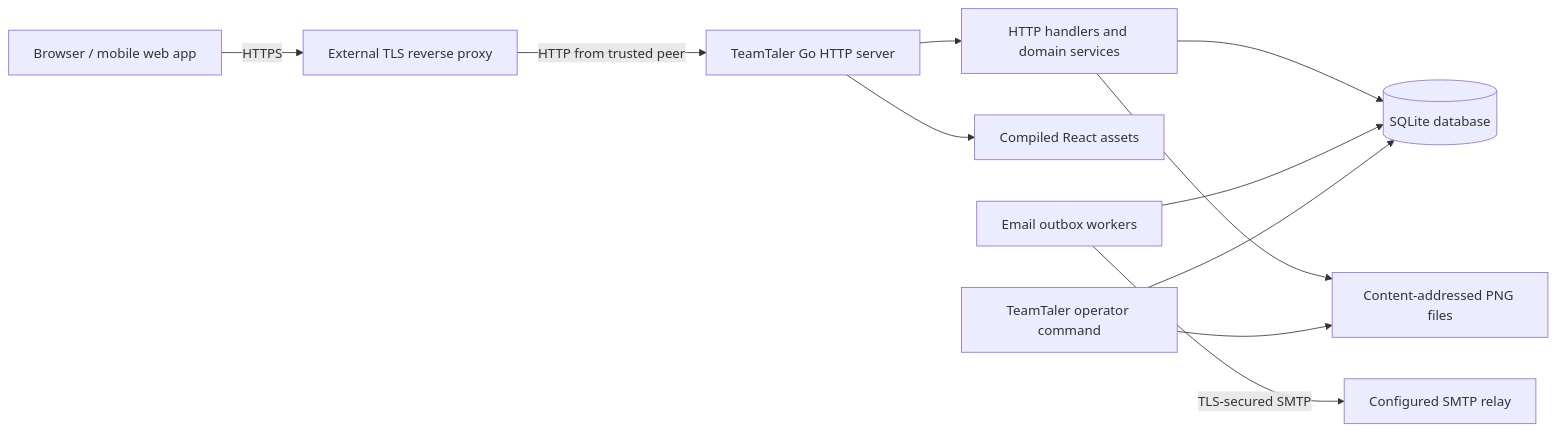
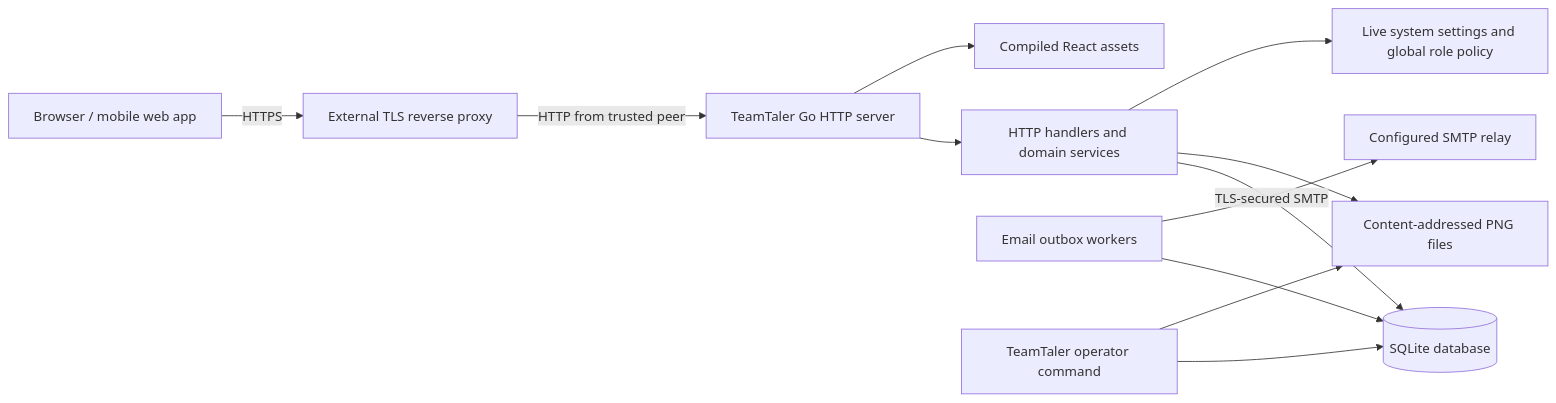
One commit to DasLukas/TeamTaler changed the first of 2 diagrams in ARCHITECTURE.md. Above: the diagram before and after it, drawn with Mermaid. The commit also changed other lines of this file and 204 other files, not shown here.

````diff
--- a/ARCHITECTURE.md
+++ b/ARCHITECTURE.md
@@ -9,13 +9,14 @@
 ```mermaid
 flowchart LR
     Browser["Browser / mobile web app"] -->|HTTPS| Proxy["External TLS reverse proxy"]
     Proxy -->|HTTP from trusted peer| HTTP["TeamTaler Go HTTP server"]
     HTTP --> API["HTTP handlers and domain services"]
     HTTP --> SPA["Compiled React assets"]
     API --> DB[("SQLite database")]
     API --> Images["Content-addressed PNG files"]
+    API --> System["Live system settings and global role policy"]
     Worker["Email outbox workers"] --> DB
     Worker -->|"TLS-secured SMTP"| SMTP["Configured SMTP relay"]
     CLI["TeamTaler operator command"] --> DB
     CLI --> Images
 ```
````
